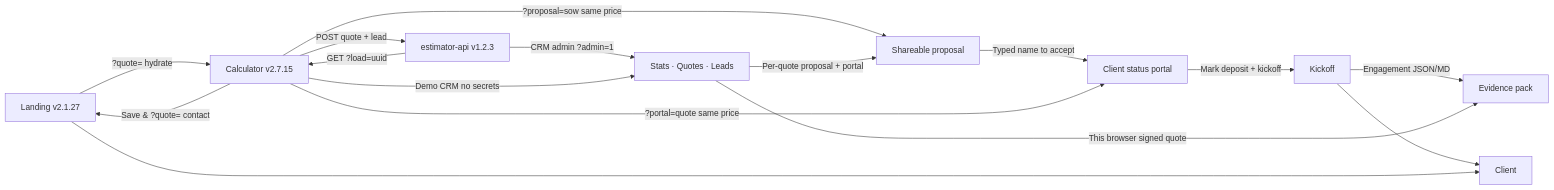
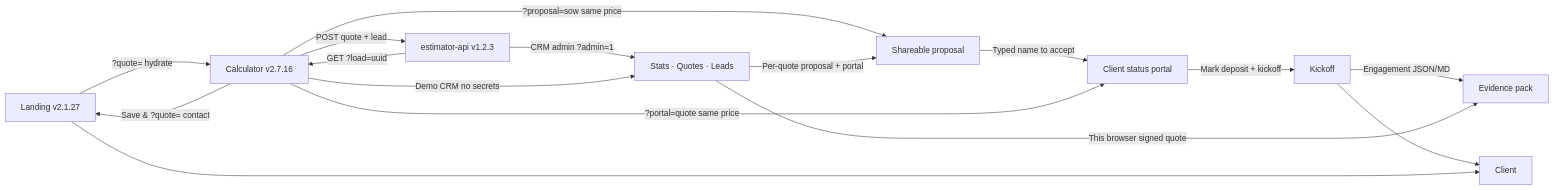
The diagram in README.md (pixellayer7-jpg/pixellayer7-jpg), drawn with Mermaid before and after one commit. The commit also changed other lines of this file and 4 other files, not shown here.

````diff
--- a/README.md
+++ b/README.md
@@ -21,18 +21,18 @@
 ```mermaid
 flowchart LR
-  A[Landing v2.1.27] -->|?quote= hydrate| B[Calculator v2.7.15]
+  A[Landing v2.1.27] -->|?quote= hydrate| B[Calculator v2.7.16]
   B -->|Save & ?quote= contact| A
   B -->|?proposal=sow same price| R[Shareable proposal]
   R -->|Typed name to accept| P[Client status portal]
   P -->|Mark deposit + kickoff| K[Kickoff]
   K -->|Engagement JSON/MD| X[Evidence pack]
   B -->|?portal=quote same price| P
   B -->|POST quote + lead| D[estimator-api v1.2.3]
   D -->|CRM admin ?admin=1| E[Stats · Quotes · Leads]
   B -->|Demo CRM no secrets| E
   E -->|This browser signed quote| X
   E -->|Per-quote proposal + portal| R
   K --> F[Client]
   D -->|GET ?load=uuid| B
   A --> F[Client]
 ```
````
